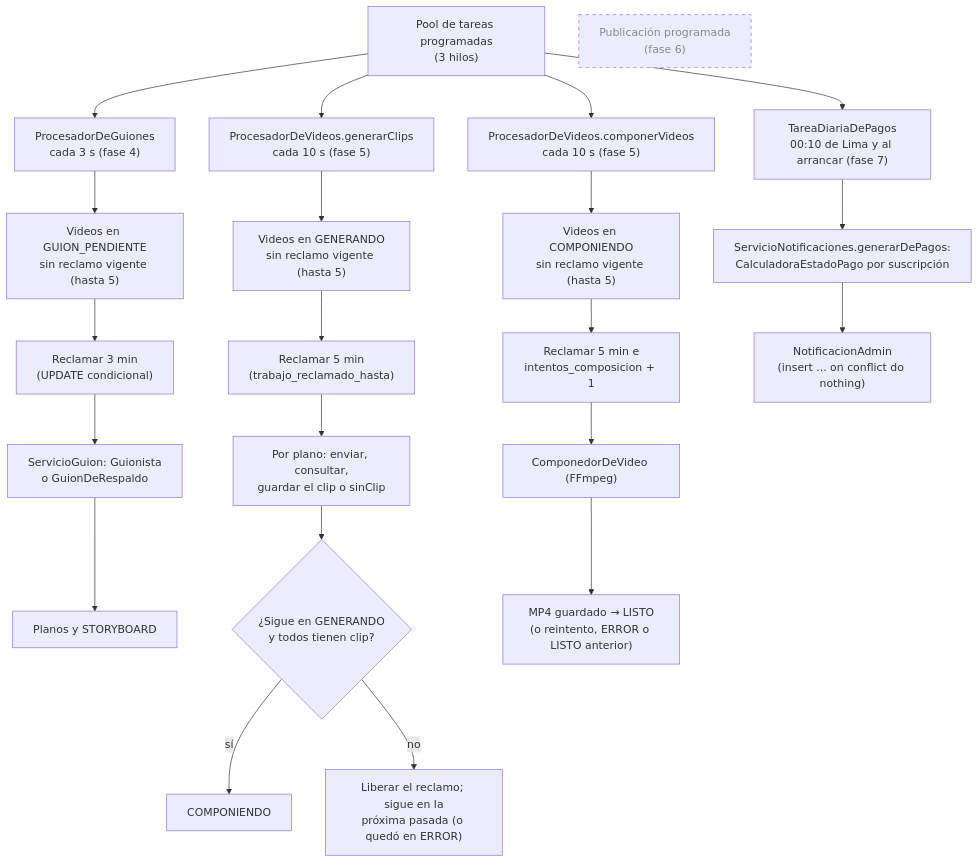
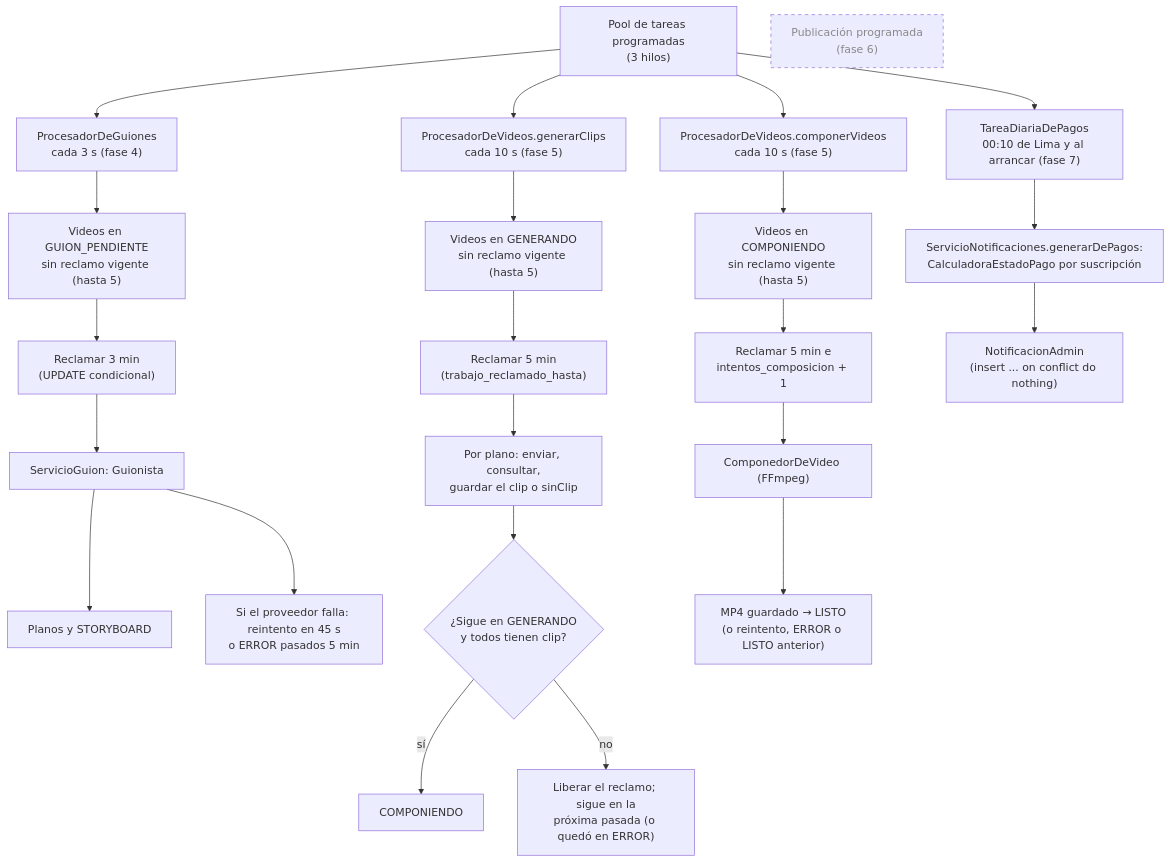
One commit to fabio2152/autoreel changed diagram 21 of 27 in docs/arquitectura.md. Above: the diagram before and after it, drawn with Mermaid. The commit also changed other lines of this file and 58 other files, not shown here.

````diff
--- a/docs/arquitectura.md
+++ b/docs/arquitectura.md
@@ -1593,32 +1643,33 @@
 ```mermaid
 flowchart TB
     classDef futuro stroke-dasharray: 5 5,color:#888
 
     pool["Pool de tareas programadas<br/>(3 hilos)"]
     pool --> guiones["ProcesadorDeGuiones<br/>cada 3 s (fase 4)"]
     pool --> clips["ProcesadorDeVideos.generarClips<br/>cada 10 s (fase 5)"]
     pool --> composicion["ProcesadorDeVideos.componerVideos<br/>cada 10 s (fase 5)"]
 
     guiones --> pendientes["Videos en GUION_PENDIENTE<br/>sin reclamo vigente (hasta 5)"]
     pendientes --> reclamo["Reclamar 3 min<br/>(UPDATE condicional)"]
-    reclamo --> escribir["ServicioGuion: Guionista<br/>o GuionDeRespaldo"]
+    reclamo --> escribir["ServicioGuion: Guionista"]
     escribir --> storyboard["Planos y STORYBOARD"]
+    escribir --> reintento["Si el proveedor falla: reintento en 45 s<br/>o ERROR pasados 5 min"]
 
     clips --> generando["Videos en GENERANDO<br/>sin reclamo vigente (hasta 5)"]
     generando --> reclamo5["Reclamar 5 min<br/>(trabajo_reclamado_hasta)"]
     reclamo5 --> planos["Por plano: enviar, consultar,<br/>guardar el clip o sinClip"]
     planos --> listos{"¿Sigue en GENERANDO<br/>y todos tienen clip?"}
     listos -- "sí" --> acomponer["COMPONIENDO"]
     listos -- "no" --> liberar["Liberar el reclamo; sigue en la<br/>próxima pasada (o quedó en ERROR)"]
 
     composicion --> componiendo["Videos en COMPONIENDO<br/>sin reclamo vigente (hasta 5)"]
     componiendo --> reclamoc["Reclamar 5 min e<br/>intentos_composicion + 1"]
     reclamoc --> ffmpeg["ComponedorDeVideo (FFmpeg)"]
     ffmpeg --> final["MP4 guardado → LISTO<br/>(o reintento, ERROR o LISTO anterior)"]
 
     pool --> diaria["TareaDiariaDePagos<br/>00:10 de Lima y al arrancar (fase 7)"]
     diaria --> estados["ServicioNotificaciones.generarDePagos:<br/>CalculadoraEstadoPago por suscripción"]
     estados --> notif["NotificacionAdmin<br/>(insert ... on conflict do nothing)"]
 
     publicar["Publicación programada<br/>(fase 6)"]:::futuro
 ```
````
